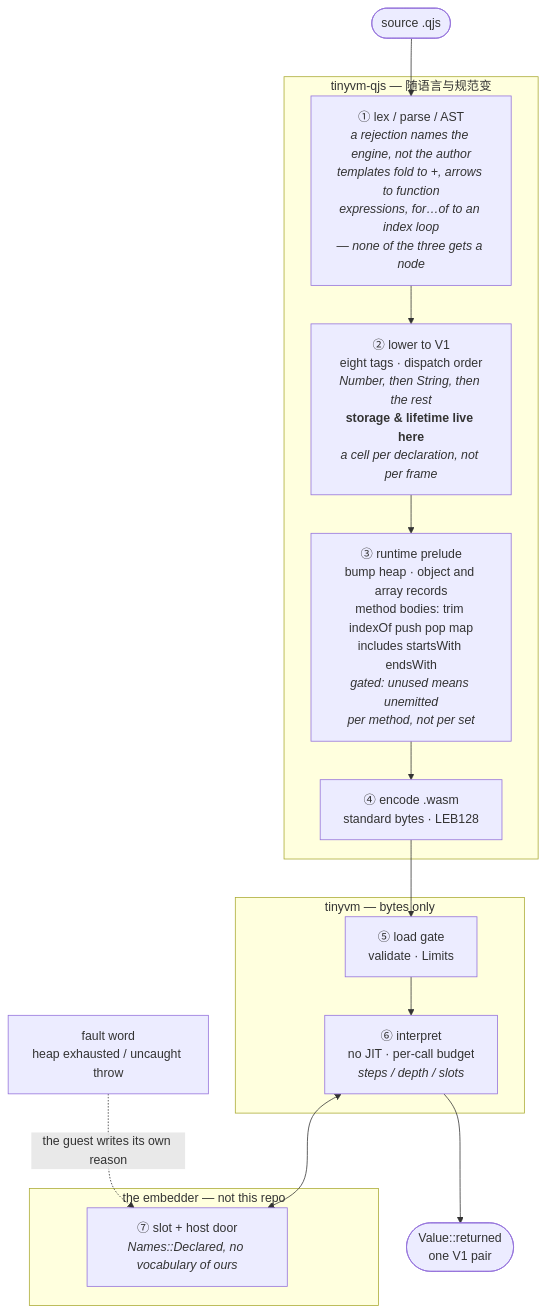
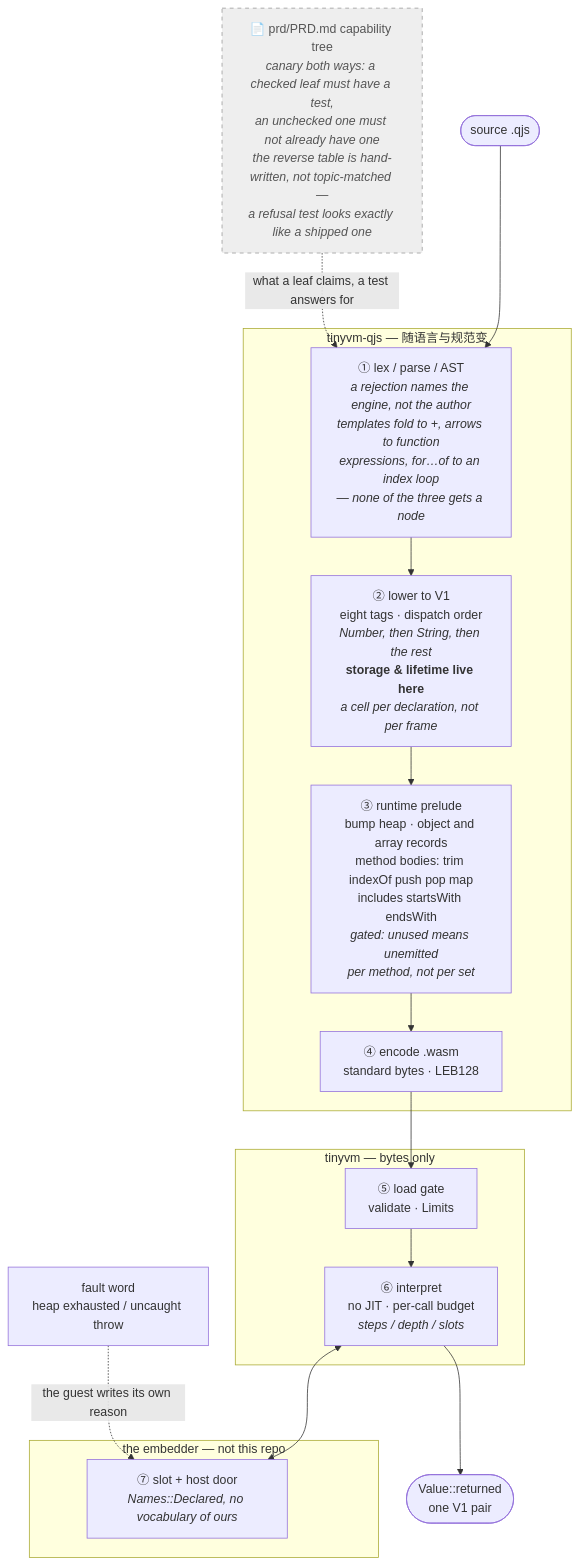
One commit to partnernetsoftware/tinyvm changed the diagram in prd/PRD.md. Above: the diagram before and after it, drawn with Mermaid. The commit also changed other lines of this file, not shown here.

````diff
--- a/prd/PRD.md
+++ b/prd/PRD.md
@@ -54,26 +54,29 @@
 ```mermaid
 flowchart TD
   subgraph LANG["tinyvm-qjs — 随语言与规范变"]
     R1["① lex / parse / AST<br/><i>a rejection names the engine, not the author</i><br/><i>templates fold to +, arrows to function<br/>expressions, for…of to an index loop<br/>— none of the three gets a node</i>"]
     R2["② lower to V1<br/>eight tags · dispatch order<br/><i>Number, then String, then the rest</i><br/><b>storage &amp; lifetime live here</b><br/><i>a cell per declaration, not per frame</i>"]
     R3["③ runtime prelude<br/>bump heap · object and array records<br/>method bodies: trim indexOf push pop map<br/>includes startsWith endsWith<br/><i>gated: unused means unemitted</i><br/><i>per method, not per set</i>"]
     R4["④ encode .wasm<br/>standard bytes · LEB128"]
     R1 --> R2 --> R3 --> R4
   end
 
   subgraph CORE["tinyvm — bytes only"]
     R5["⑤ load gate<br/>validate · Limits"]
     R6["⑥ interpret<br/>no JIT · per-call budget<br/><i>steps / depth / slots</i>"]
     R5 --> R6
   end
 
   subgraph HOST["the embedder — not this repo"]
     R7["⑦ slot + host door<br/><i>Names::Declared, no vocabulary of ours</i>"]
   end
 
   SRC(["source .qjs"]) --> R1
   R4 --> R5
   R6 <--> R7
   R6 --> OUT(["Value::returned<br/>one V1 pair"])
   FW["fault word<br/>heap exhausted / uncaught throw"] -.->|"the guest writes its own reason"| R7
+
+  PRD["📄 prd/PRD.md capability tree<br/><i>canary both ways: a checked leaf must have a test,<br/>an unchecked one must not already have one</i><br/><i>the reverse table is hand-written, not topic-matched —<br/>a refusal test looks exactly like a shipped one</i>"] -.->|"what a leaf claims, a test answers for"| R1
+  style PRD fill:#eee,stroke:#999,stroke-dasharray: 5 5,color:#555
 ```
````
